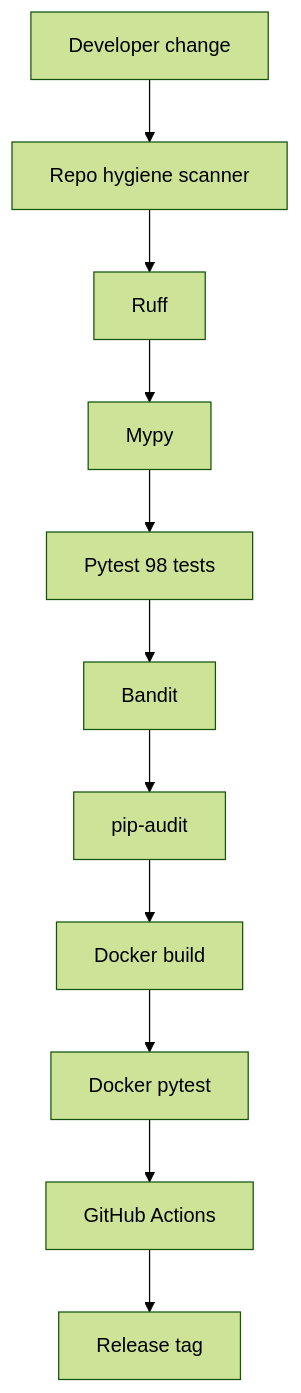
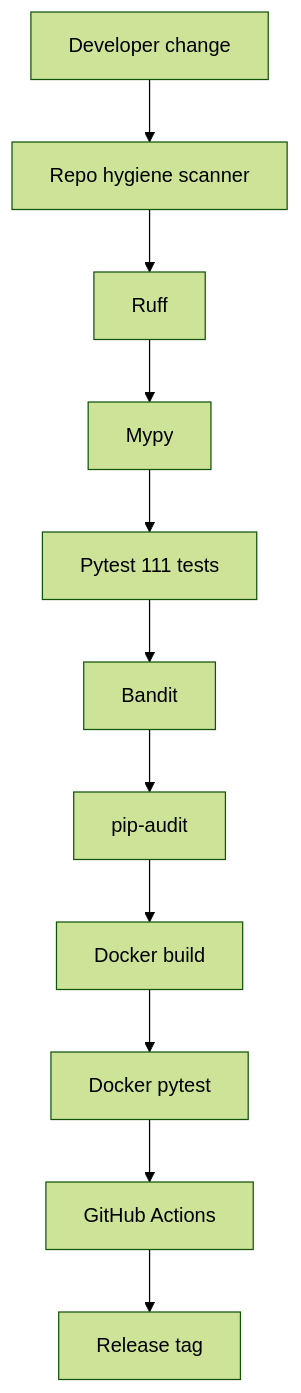
One commit to codethor0/llm-agent-control-plane-lab changed the fourth of 4 diagrams in README.md. Above: the diagram before and after it, drawn with Mermaid (forest theme). The commit also changed other lines of this file and 10 other files, not shown here.

````diff
--- a/README.md
+++ b/README.md
@@ -174,16 +174,16 @@
 ```mermaid
 flowchart TD
   ch[Developer change]
   rh[Repo hygiene scanner]
   rf[Ruff]
   my[Mypy]
-  py[Pytest 98 tests]
+  py[Pytest 111 tests]
   bd[Bandit]
   pa[pip-audit]
   dk[Docker build]
   dt[Docker pytest]
   ga[GitHub Actions]
   rel[Release tag]
 
   ch --> rh --> rf --> my --> py --> bd --> pa --> dk --> dt --> ga --> rel
 ```
````
